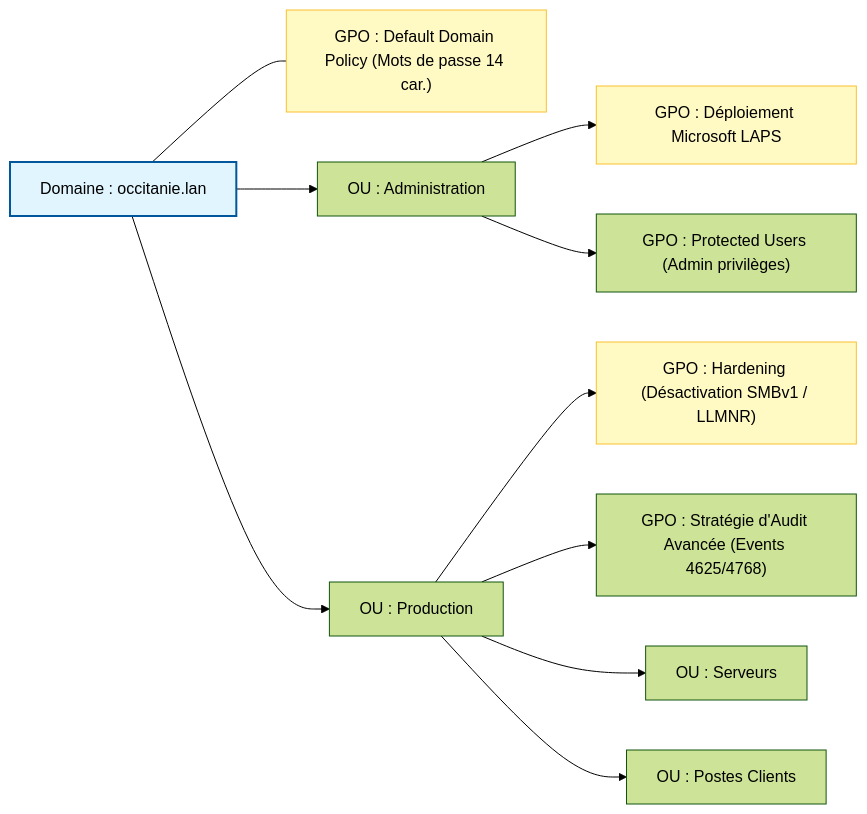
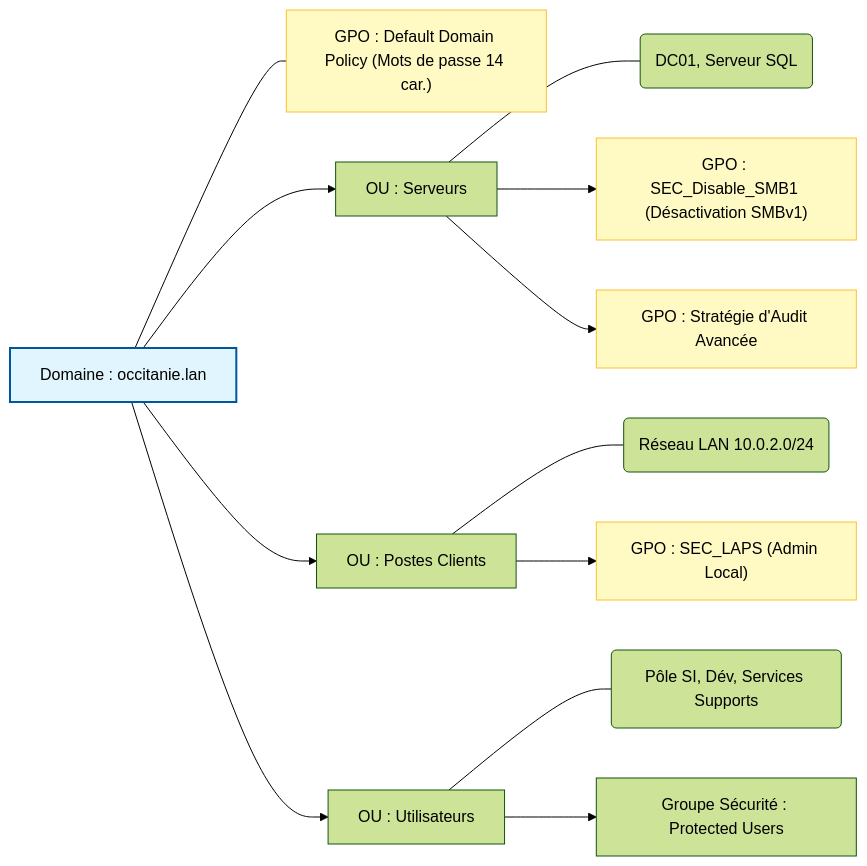
One commit to Diasbof/Portfolio-Cyber changed the diagram in 02-Windows Server et Remediations/Architecture Active Directory/Déploiement AD DS Windows Server 2019.md. Above: the diagram before and after it, drawn with Mermaid (forest theme). The commit also changed other lines of this file and 6 other files, not shown here.

````diff
--- a/02-Windows Server et Remediations/Architecture Active Directory/Déploiement AD DS Windows Server 2019.md
+++ b/02-Windows Server et Remediations/Architecture Active Directory/Déploiement AD DS Windows Server 2019.md
@@ -16,21 +13,24 @@
 ```mermaid
 graph LR
     Root["Domaine : occitanie.lan"]
     Root --- GPO_Def["GPO : Default Domain Policy (Mots de passe 14 car.)"]
     
-    Root --> OU_Admin["OU : Administration"]
-    OU_Admin --> GPO_LAPS["GPO : Déploiement Microsoft LAPS"]
-    OU_Admin --> GPO_Prot["GPO : Protected Users (Admin privilèges)"]
+    Root --> OU_Serveurs["OU : Serveurs"]
+    OU_Serveurs --- Note_Serv("DC01, Serveur SQL")
+    OU_Serveurs --> GPO_SMB["GPO : SEC_Disable_SMB1 (Désactivation SMBv1)"]
+    OU_Serveurs --> GPO_Audit["GPO : Stratégie d'Audit Avancée"]
     
-    Root --> OU_Prod["OU : Production"]
-    OU_Prod --> GPO_Hardening["GPO : Hardening (Désactivation SMBv1 / LLMNR)"]
-    OU_Prod --> GPO_Audit["GPO : Stratégie d'Audit Avancée (Events 4625/4768)"]
+    Root --> OU_Clients["OU : Postes Clients"]
+    OU_Clients --- Note_LAN("Réseau LAN 10.0.2.0/24")
+    OU_Clients --> GPO_LAPS["GPO : SEC_LAPS (Admin Local)"]
     
-    OU_Prod --> OU_Servers["OU : Serveurs"]
-    OU_Prod --> OU_Workstations["OU : Postes Clients"]
+    Root --> OU_Users["OU : Utilisateurs"]
+    OU_Users --- Note_Poles("Pôle SI, Dév, Services Supports")
+    OU_Users --> Group_PU["Groupe Sécurité : Protected Users"]
 
     style Root fill:#e1f5fe,stroke:#01579b,stroke-width:2px
     style GPO_Def fill:#fff9c4,stroke:#fbc02d
+    style GPO_SMB fill:#fff9c4,stroke:#fbc02d
+    style GPO_Audit fill:#fff9c4,stroke:#fbc02d
     style GPO_LAPS fill:#fff9c4,stroke:#fbc02d
-    style GPO_Hardening fill:#fff9c4,stroke:#fbc02d
 ```
````
